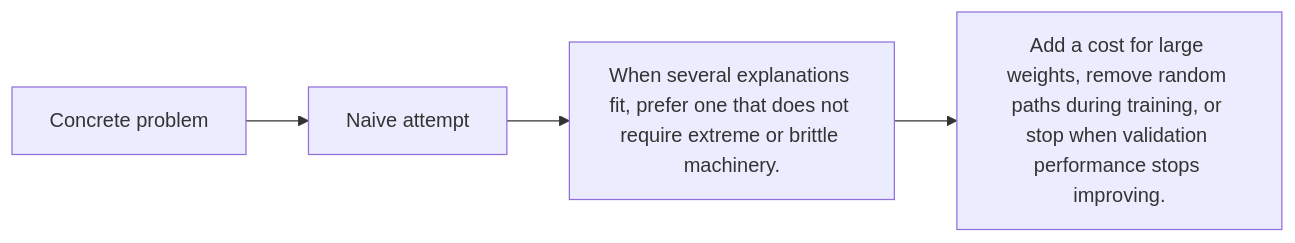
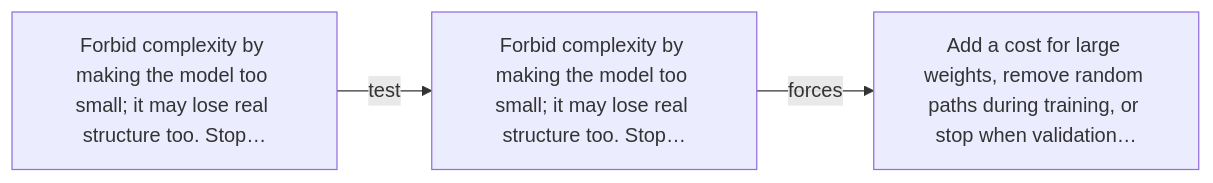
One commit to kleem-labs/AI-Archaeology changed the diagram in excavations/032-regularization/diagram.md. Above: the diagram before and after it, drawn with Mermaid. The commit also changed other lines of this file and 288 other files, not shown here.

````diff
--- a/excavations/032-regularization/diagram.md
+++ b/excavations/032-regularization/diagram.md
@@ -3,4 +5,5 @@
-~~~mermaid
+```mermaid
 flowchart LR
- A["Concrete problem"] --> B["Naive attempt"] --> C["When several explanations fit, prefer one that does not require extreme or brittle machinery."] --> D["Add a cost for large weights, remove random paths during training, or stop when validation performance stops improving."]
-~~~
+    A["Forbid complexity by making the model too small; it may lose real structure too. Stop…"] -->|"test"| B["Forbid complexity by making the model too small; it may lose real structure too. Stop…"]
+    B -->|"forces"| C["Add a cost for large weights, remove random paths during training, or stop when validation…"]
+```
````
